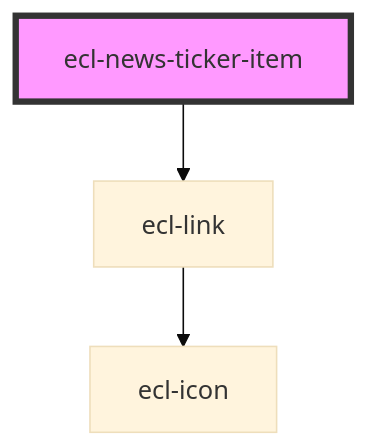
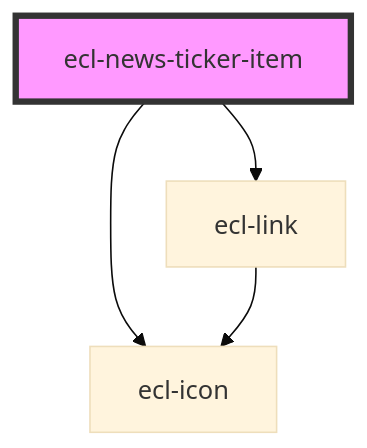
Before and after one commit to ec-europa/ecl-webcomponents: the diagram in src/components/ecl-news-ticker/readme.md, drawn with Mermaid (base theme). The commit also changed other lines of this file and 16 other files, not shown here.

Commit message:
feat(news-ticker): Updating to v5 - FRONT-4987

````diff
--- a/src/components/ecl-news-ticker/readme.md
+++ b/src/components/ecl-news-ticker/readme.md
@@ -24,6 +29,7 @@
 ```mermaid
 graph TD;
+  ecl-news-ticker-item --> ecl-icon
   ecl-news-ticker-item --> ecl-link
   ecl-link --> ecl-icon
   style ecl-news-ticker-item fill:#f9f,stroke:#333,stroke-width:4px
 ```
````
